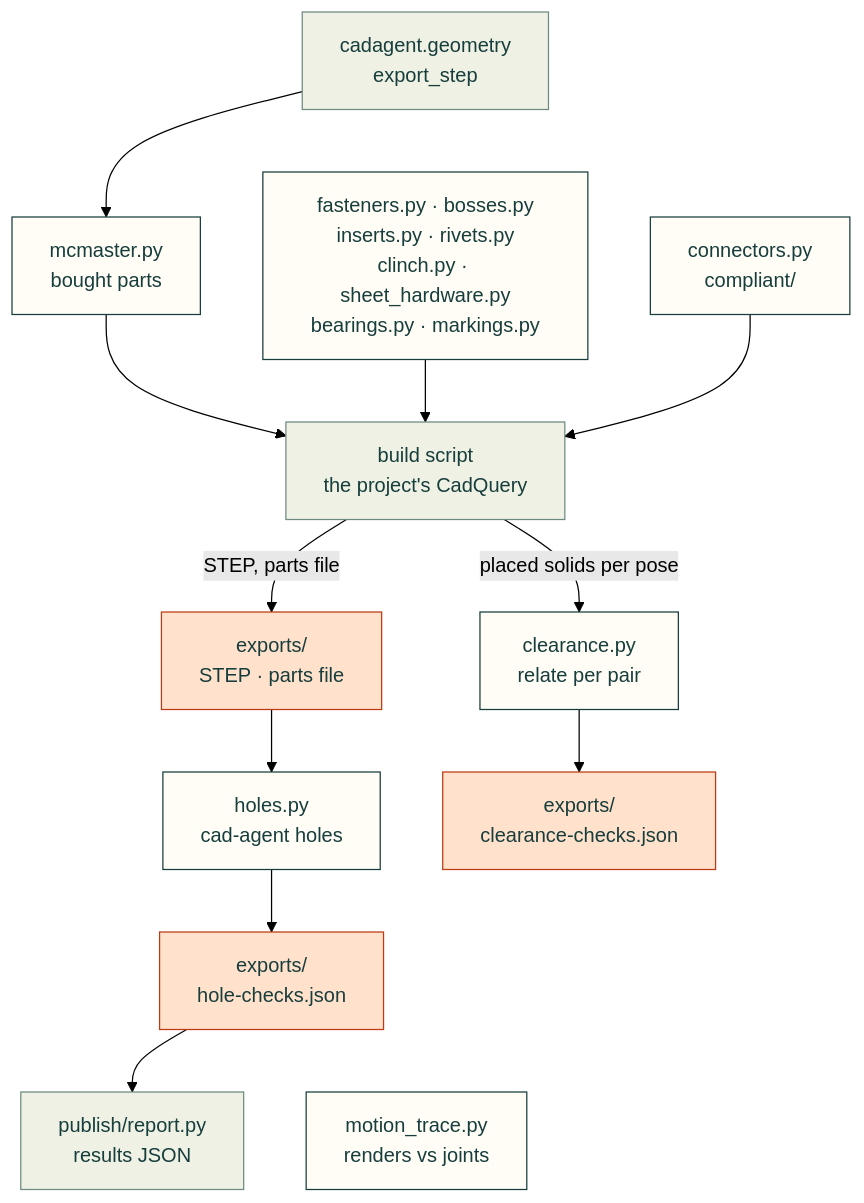
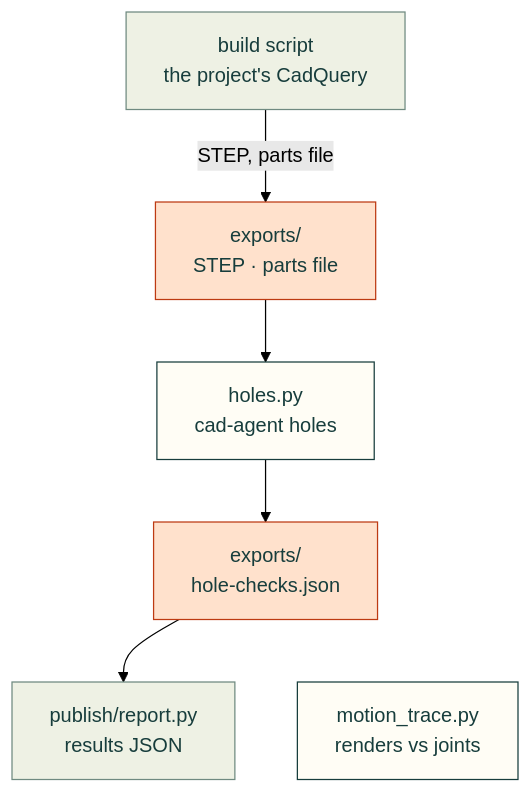
One commit to Valpatel/cad-agent changed the third of 4 diagrams in software/cadagent/mechanical/README.md. Above: the diagram before and after it, drawn with Mermaid (forest theme). The commit also changed other lines of this file and 26 other files, not shown here.

Commit message:
docs(repo): make published folder diagrams readable across screen sizes

````diff
--- a/software/cadagent/mechanical/README.md
+++ b/software/cadagent/mechanical/README.md
@@ -14,20 +46,20 @@
 ```mermaid
 flowchart TD
-    G["cadagent.geometry<br/>export_step"] --> MC["mcmaster.py<br/>bought parts"]
-    G ~~~ FK["fasteners.py · bosses.py<br/>inserts.py · rivets.py<br/>clinch.py · sheet_hardware.py<br/>bearings.py · markings.py"]
-    G ~~~ CC["connectors.py<br/>compliant/"]
-    MC & FK & CC --> B["build script<br/>the project's CadQuery"]
-    B -->|"STEP, parts file"| X["exports/<br/>STEP · parts file"]
-    X --> H["holes.py<br/>cad-agent holes"]
-    H --> HJ["exports/<br/>hole-checks.json"]
-    HJ --> R["publish/report.py<br/>results JSON"]
-    HJ ~~~ MT["motion_trace.py<br/>renders vs joints"]
-    B -->|"placed solids per pose"| CL["clearance.py<br/>relate per pair"]
-    CL --> CJ["exports/<br/>clearance-checks.json"]
+    B["build script<br/>the project's CadQuery"]
+    X["exports/<br/>STEP · parts file"]
+    H["holes.py<br/>cad-agent holes"]
+    HJ["exports/<br/>hole-checks.json"]
+    R["publish/report.py<br/>results JSON"]
+    MT["motion_trace.py<br/>renders vs joints"]
+    B -->|"STEP, parts file"| X
+    X --> H
+    H --> HJ
+    HJ --> R
+    HJ ~~~ MT
     classDef here fill:#fffdf5,stroke:#173d3c,color:#173d3c
     classDef near fill:#eef1e4,stroke:#6f8a80,color:#173d3c
     classDef out fill:#ffe1cc,stroke:#bd3a12,color:#173d3c
-    class MC,FK,CC,H,MT,CL here
-    class G,B,R near
-    class X,HJ,CJ out
+    class H,MT here
+    class B,R near
+    class X,HJ out
 ```
````
